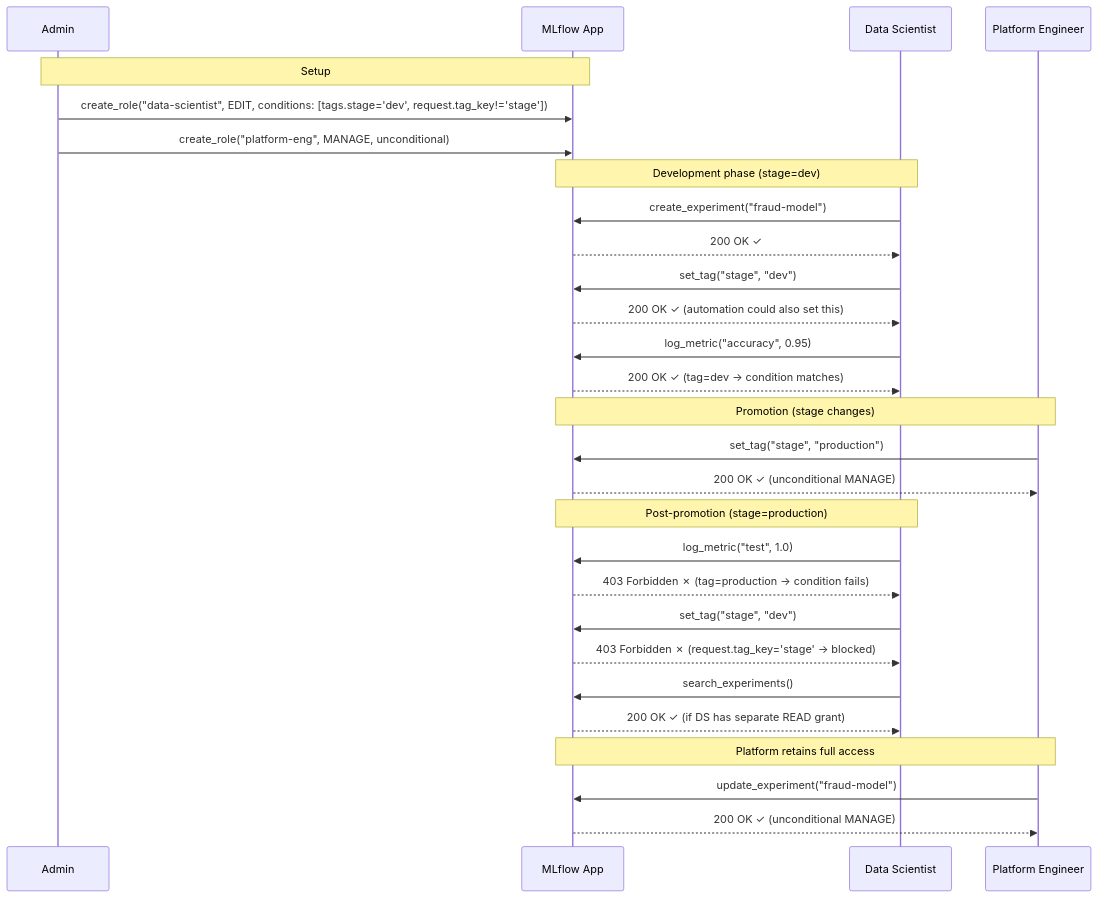
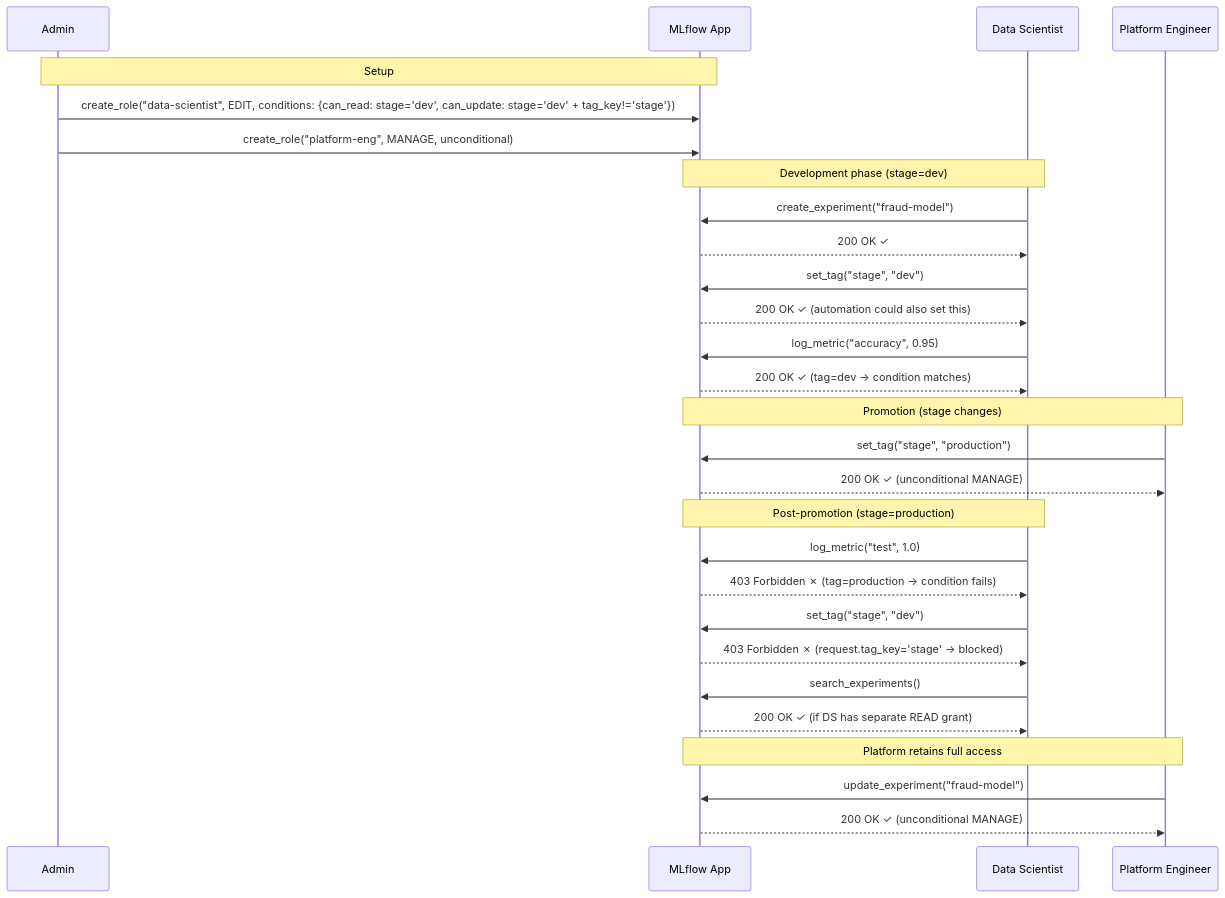
Before and after one commit to mlflow/rfcs: the first of 3 diagrams in rfcs/0000-condition-based-access-control/0000-condition-based-access-control.md, drawn with Mermaid. The commit also changed other lines of this file, not shown here.

First line of the commit message:
docs(rfc): Model conditions per capability and align with RFC 0008

````diff
--- a/rfcs/0000-condition-based-access-control/0000-condition-based-access-control.md
+++ b/rfcs/0000-condition-based-access-control/0000-condition-based-access-control.md
@@ -48,35 +54,35 @@
 ```mermaid
 sequenceDiagram
     participant Admin
     participant MLflow as MLflow App
     participant DS as Data Scientist
     participant Platform as Platform Engineer
 
     Note over Admin,MLflow: Setup
-    Admin->>MLflow: create_role("data-scientist", EDIT, conditions: [tags.stage='dev', request.tag_key!='stage'])
+    Admin->>MLflow: create_role("data-scientist", EDIT, conditions: {can_read: stage='dev', can_update: stage='dev' + tag_key!='stage'})
     Admin->>MLflow: create_role("platform-eng", MANAGE, unconditional)
 
     Note over DS,MLflow: Development phase (stage=dev)
     DS->>MLflow: create_experiment("fraud-model")
     MLflow-->>DS: 200 OK ✓
     DS->>MLflow: set_tag("stage", "dev")
     MLflow-->>DS: 200 OK ✓ (automation could also set this)
     DS->>MLflow: log_metric("accuracy", 0.95)
     MLflow-->>DS: 200 OK ✓ (tag=dev → condition matches)
 
     Note over Platform,MLflow: Promotion (stage changes)
     Platform->>MLflow: set_tag("stage", "production")
     MLflow-->>Platform: 200 OK ✓ (unconditional MANAGE)
 
     Note over DS,MLflow: Post-promotion (stage=production)
     DS->>MLflow: log_metric("test", 1.0)
     MLflow-->>DS: 403 Forbidden ✗ (tag=production → condition fails)
     DS->>MLflow: set_tag("stage", "dev")
     MLflow-->>DS: 403 Forbidden ✗ (request.tag_key='stage' → blocked)
     DS->>MLflow: search_experiments()
     MLflow-->>DS: 200 OK ✓ (if DS has separate READ grant)
 
     Note over Platform,MLflow: Platform retains full access
     Platform->>MLflow: update_experiment("fraud-model")
     MLflow-->>Platform: 200 OK ✓ (unconditional MANAGE)
 ```
````
